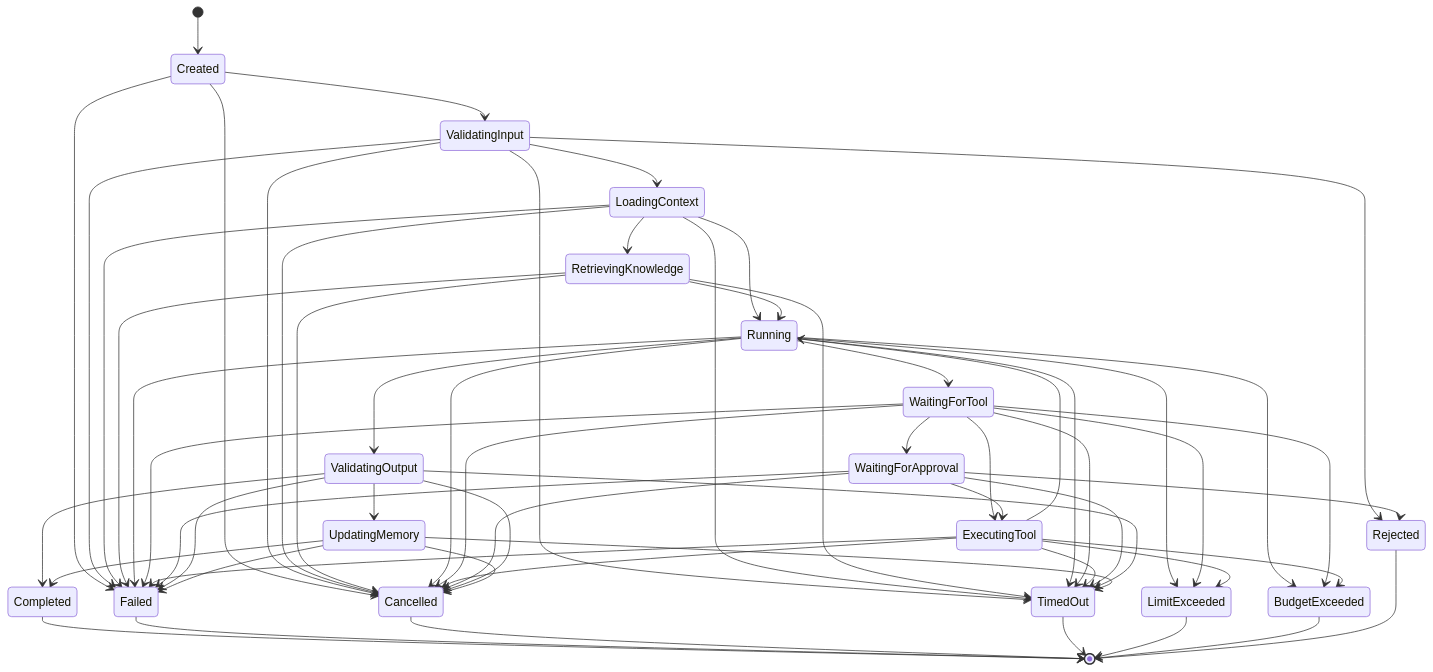
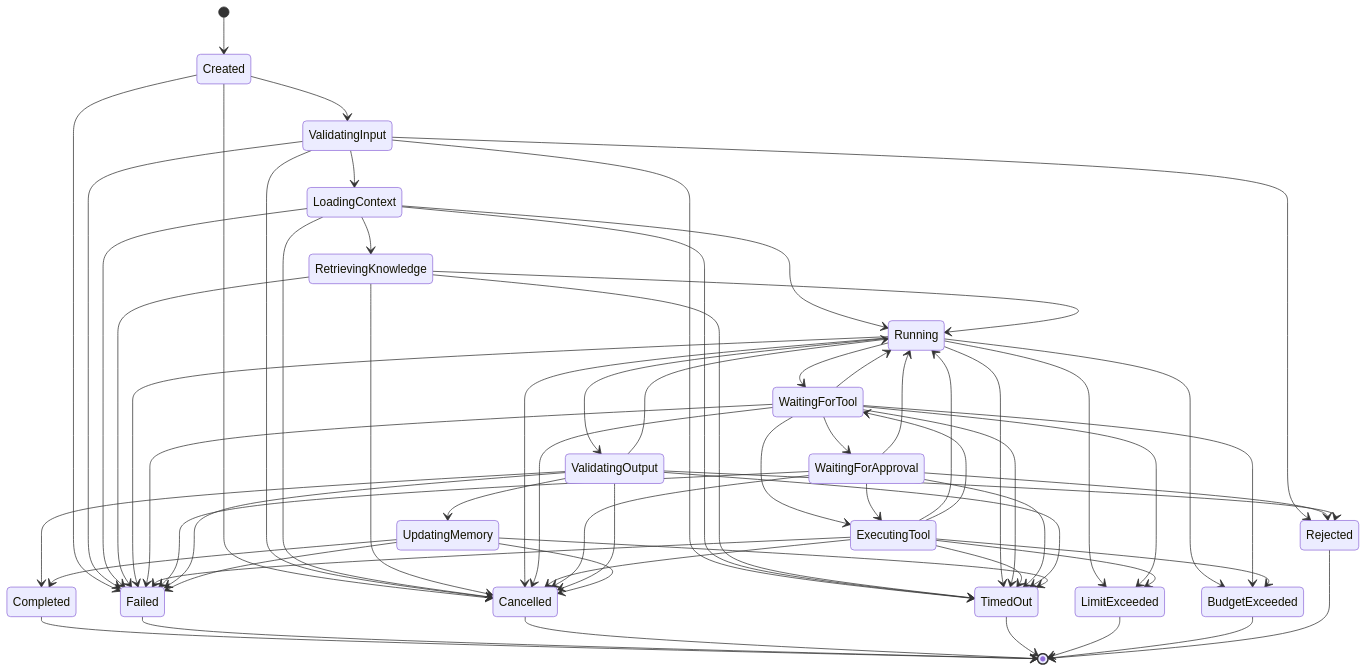
The diagram in docs/reference/execution-lifecycle.md (medidrones/ai-agent-framework), drawn with Mermaid before and after one commit. The commit also changed other lines of this file and 6 other files, not shown here.

````diff
--- a/docs/reference/execution-lifecycle.md
+++ b/docs/reference/execution-lifecycle.md
@@ -47,73 +49,78 @@
 ```mermaid
 stateDiagram-v2
     [*] --> Created
 
     Created --> ValidatingInput
     Created --> Failed
     Created --> Cancelled
 
     ValidatingInput --> LoadingContext
     ValidatingInput --> Rejected
     ValidatingInput --> Failed
     ValidatingInput --> Cancelled
     ValidatingInput --> TimedOut
 
     LoadingContext --> RetrievingKnowledge
     LoadingContext --> Running
     LoadingContext --> Failed
     LoadingContext --> Cancelled
     LoadingContext --> TimedOut
 
     RetrievingKnowledge --> Running
     RetrievingKnowledge --> Failed
     RetrievingKnowledge --> Cancelled
     RetrievingKnowledge --> TimedOut
 
     Running --> WaitingForTool
     Running --> ValidatingOutput
     Running --> Failed
     Running --> Cancelled
     Running --> TimedOut
     Running --> LimitExceeded
     Running --> BudgetExceeded
 
     WaitingForTool --> ExecutingTool
     WaitingForTool --> WaitingForApproval
+    WaitingForTool --> Running
     WaitingForTool --> Failed
     WaitingForTool --> Cancelled
     WaitingForTool --> TimedOut
     WaitingForTool --> LimitExceeded
     WaitingForTool --> BudgetExceeded
 
     ExecutingTool --> Running
+    ExecutingTool --> WaitingForTool
     ExecutingTool --> Failed
     ExecutingTool --> Cancelled
     ExecutingTool --> TimedOut
     ExecutingTool --> LimitExceeded
     ExecutingTool --> BudgetExceeded
 
     WaitingForApproval --> ExecutingTool
+    WaitingForApproval --> Running
     WaitingForApproval --> Rejected
     WaitingForApproval --> Failed
     WaitingForApproval --> Cancelled
     WaitingForApproval --> TimedOut
 
     ValidatingOutput --> UpdatingMemory
     ValidatingOutput --> Completed
+    ValidatingOutput --> Running
+    ValidatingOutput --> Rejected
     ValidatingOutput --> Failed
     ValidatingOutput --> Cancelled
     ValidatingOutput --> TimedOut
 
     UpdatingMemory --> Completed
     UpdatingMemory --> Failed
     UpdatingMemory --> Cancelled
     UpdatingMemory --> TimedOut
 
     Completed --> [*]
     Failed --> [*]
     Cancelled --> [*]
     TimedOut --> [*]
     LimitExceeded --> [*]
     BudgetExceeded --> [*]
     Rejected --> [*]
 ```
````
